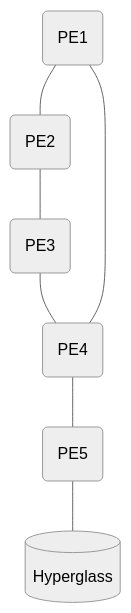
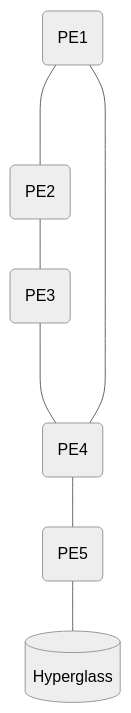
One commit to eidsivabredband/hyperglass-on-ubuntu changed the diagram in README.md. Above: the diagram before and after it, drawn with Mermaid (neutral theme).

````diff
--- a/README.md
+++ b/README.md
@@ -70,10 +70,10 @@
 ```mermaid
 flowchart TD
-  A(PE1) --- B(PE2)
+  A(PE1) ---- B(PE2)
   B --- C(PE3)
-  C --- D(PE4)
+  C ---- D(PE4)
   D --- A
   D --- E(PE5)
   E --- F[(Hyperglass)]
   
 ```
````
